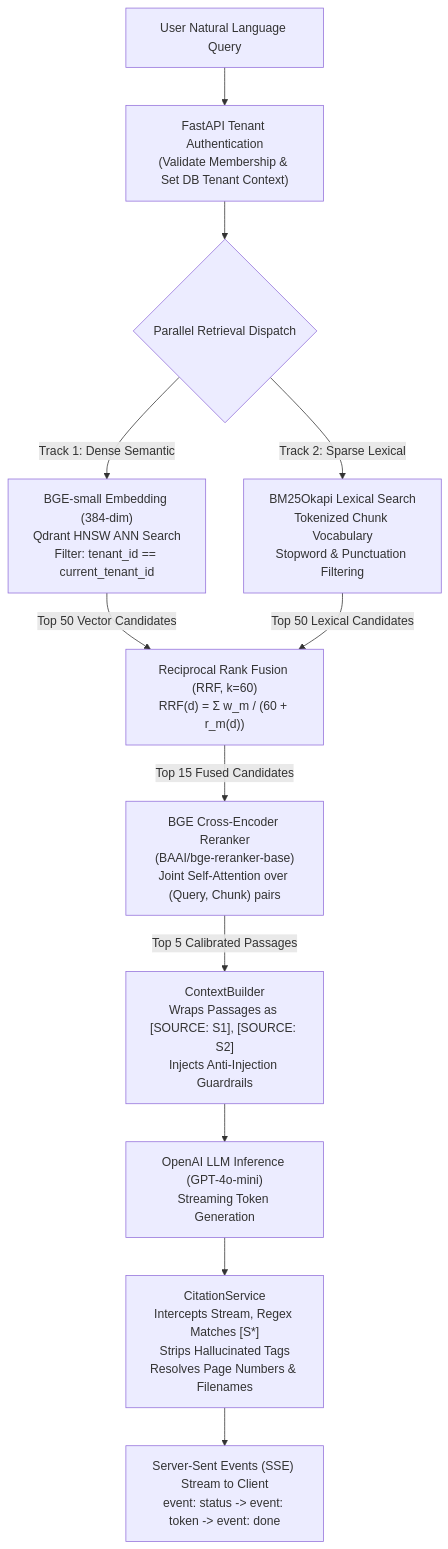
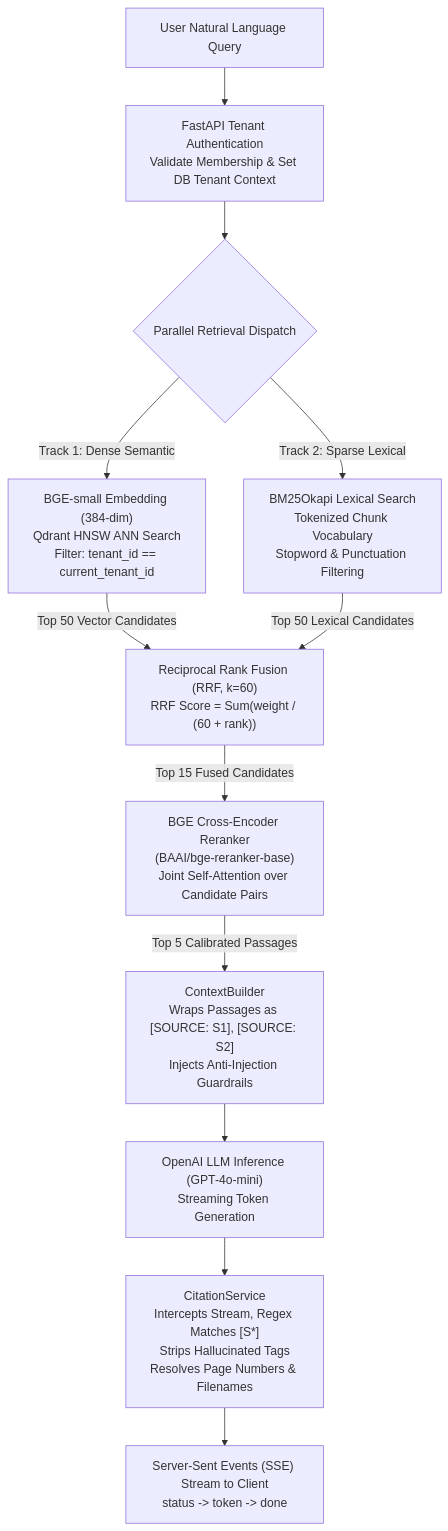
Before and after one commit to Abhishek-M-2004/enterprise-document-intelligence: the third of 4 diagrams in README.md, drawn with Mermaid. The commit also changed other lines of this file and 1 other file, not shown here.

Commit message:
fix(docs): resolve GitHub Mermaid diagram parse errors in README and architecture

````diff
--- a/README.md
+++ b/README.md
@@ -156,22 +156,22 @@
 ```mermaid
 flowchart TD
-    UserQuery["User Natural Language Query"] --> AuthCheck["FastAPI Tenant Authentication\n(Validate Membership & Set DB Tenant Context)"]
+    UserQuery["User Natural Language Query"] --> AuthCheck["FastAPI Tenant Authentication<br/>Validate Membership & Set DB Tenant Context"]
     
     AuthCheck --> ParallelRet{"Parallel Retrieval Dispatch"}
     
-    ParallelRet -->|Track 1: Dense Semantic| DenseTrack["BGE-small Embedding (384-dim)\nQdrant HNSW ANN Search\nFilter: tenant_id == current_tenant_id"]
-    ParallelRet -->|Track 2: Sparse Lexical| SparseTrack["BM25Okapi Lexical Search\nTokenized Chunk Vocabulary\nStopword & Punctuation Filtering"]
+    ParallelRet -->|"Track 1: Dense Semantic"| DenseTrack["BGE-small Embedding (384-dim)<br/>Qdrant HNSW ANN Search<br/>Filter: tenant_id == current_tenant_id"]
+    ParallelRet -->|"Track 2: Sparse Lexical"| SparseTrack["BM25Okapi Lexical Search<br/>Tokenized Chunk Vocabulary<br/>Stopword & Punctuation Filtering"]
     
-    DenseTrack -->|Top 50 Vector Candidates| FusionNode["Reciprocal Rank Fusion (RRF, k=60)\nRRF(d) = Σ w_m / (60 + r_m(d))"]
-    SparseTrack -->|Top 50 Lexical Candidates| FusionNode
+    DenseTrack -->|"Top 50 Vector Candidates"| FusionNode["Reciprocal Rank Fusion (RRF, k=60)<br/>RRF Score = Sum(weight / (60 + rank))"]
+    SparseTrack -->|"Top 50 Lexical Candidates"| FusionNode
     
-    FusionNode -->|Top 15 Fused Candidates| RerankNode["BGE Cross-Encoder Reranker\n(BAAI/bge-reranker-base)\nJoint Self-Attention over (Query, Chunk) pairs"]
+    FusionNode -->|"Top 15 Fused Candidates"| RerankNode["BGE Cross-Encoder Reranker<br/>(BAAI/bge-reranker-base)<br/>Joint Self-Attention over Candidate Pairs"]
     
-    RerankNode -->|Top 5 Calibrated Passages| CtxBuilder["ContextBuilder\nWraps Passages as [SOURCE: S1], [SOURCE: S2]\nInjects Anti-Injection Guardrails"]
+    RerankNode -->|"Top 5 Calibrated Passages"| CtxBuilder["ContextBuilder<br/>Wraps Passages as [SOURCE: S1], [SOURCE: S2]<br/>Injects Anti-Injection Guardrails"]
     
-    CtxBuilder --> LLMStream["OpenAI LLM Inference (GPT-4o-mini)\nStreaming Token Generation"]
+    CtxBuilder --> LLMStream["OpenAI LLM Inference (GPT-4o-mini)<br/>Streaming Token Generation"]
     
-    LLMStream --> CitValidator["CitationService\nIntercepts Stream, Regex Matches [S*]\nStrips Hallucinated Tags\nResolves Page Numbers & Filenames"]
+    LLMStream --> CitValidator["CitationService<br/>Intercepts Stream, Regex Matches [S*]<br/>Strips Hallucinated Tags<br/>Resolves Page Numbers & Filenames"]
     
-    CitValidator --> SSE["Server-Sent Events (SSE) Stream to Client\nevent: status -> event: token -> event: done"]
+    CitValidator --> SSE["Server-Sent Events (SSE) Stream to Client<br/>status -> token -> done"]
 ```
````
